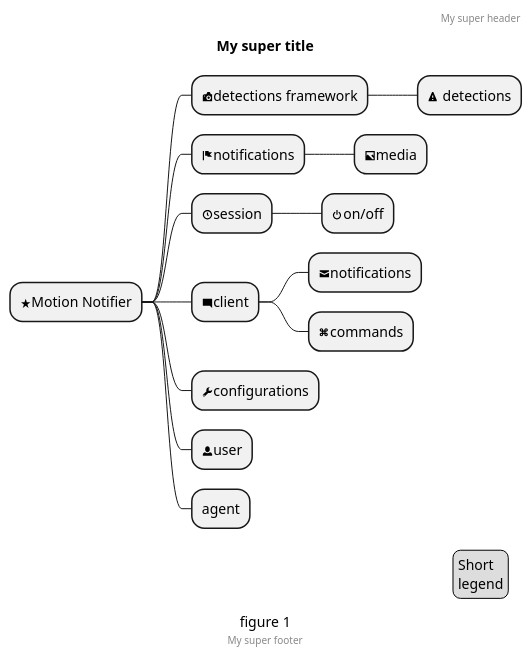
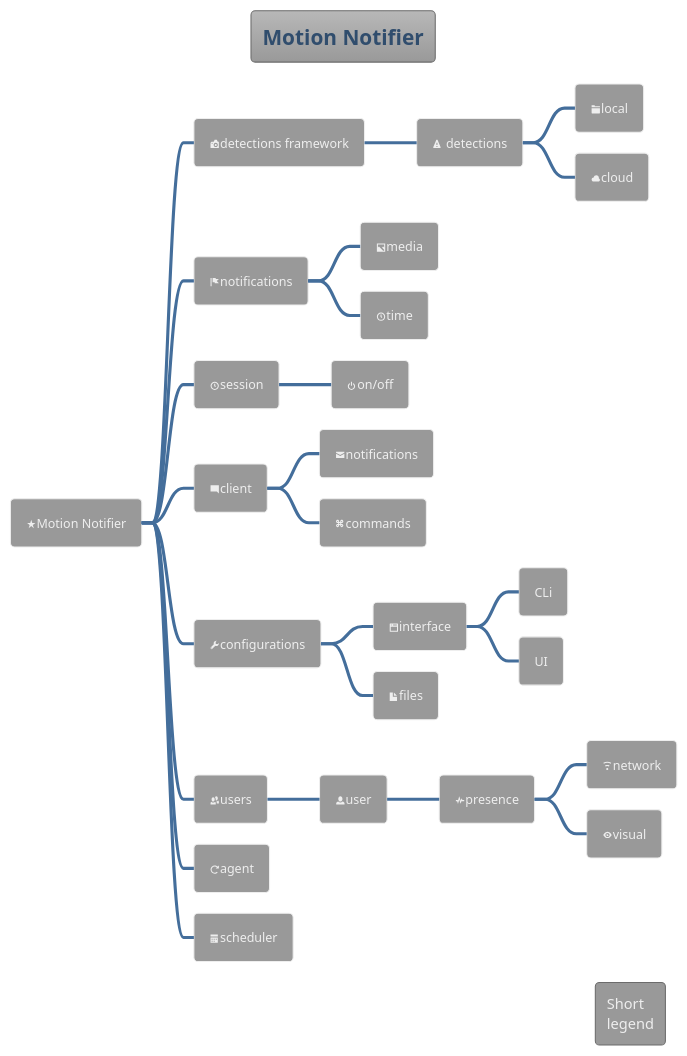
The diagram in docs/base.puml (saratoga8/motion_notifier), drawn with PlantUML before and after one commit. The commit also changed 1 other file, not shown here.

Commit message:
docs: - added use cases diagram

```diff
--- a/docs/base.puml
+++ b/docs/base.puml
@@ -1,31 +1,37 @@
 @startmindmap
 'https://plantuml.com/mindmap-diagram
 
-caption figure 1
-title My super title
+!theme spacelab
+
+title Motion Notifier
 
 * <&star>Motion Notifier
 ** <&camera-slr>detections framework
 *** <&warning> detections
+**** <&folder>local
+**** <&cloud>cloud
 ** <&flag>notifications
 *** <&image>media
+*** <&clock>time
 ** <&clock>session
 *** <&power-standby>on/off
 ** <&comment-square>client
 *** <&envelope-closed>notifications
 *** <&command>commands
 ** <&wrench>configurations
-** <&person>user
-** agent
-
-header
-My super header
-endheader
-
-center footer My super footer
-
+*** <&browser>interface
+**** CLi
+**** UI
+*** <&file>files
+** <&people>users
+*** <&person>user
+**** <&pulse>presence
+***** <&wifi>network
+***** <&eye>visual
+** <&reload>agent
+** <&calendar>scheduler
 legend right
   Short
   legend
 endlegend
 @endmindmap
```
